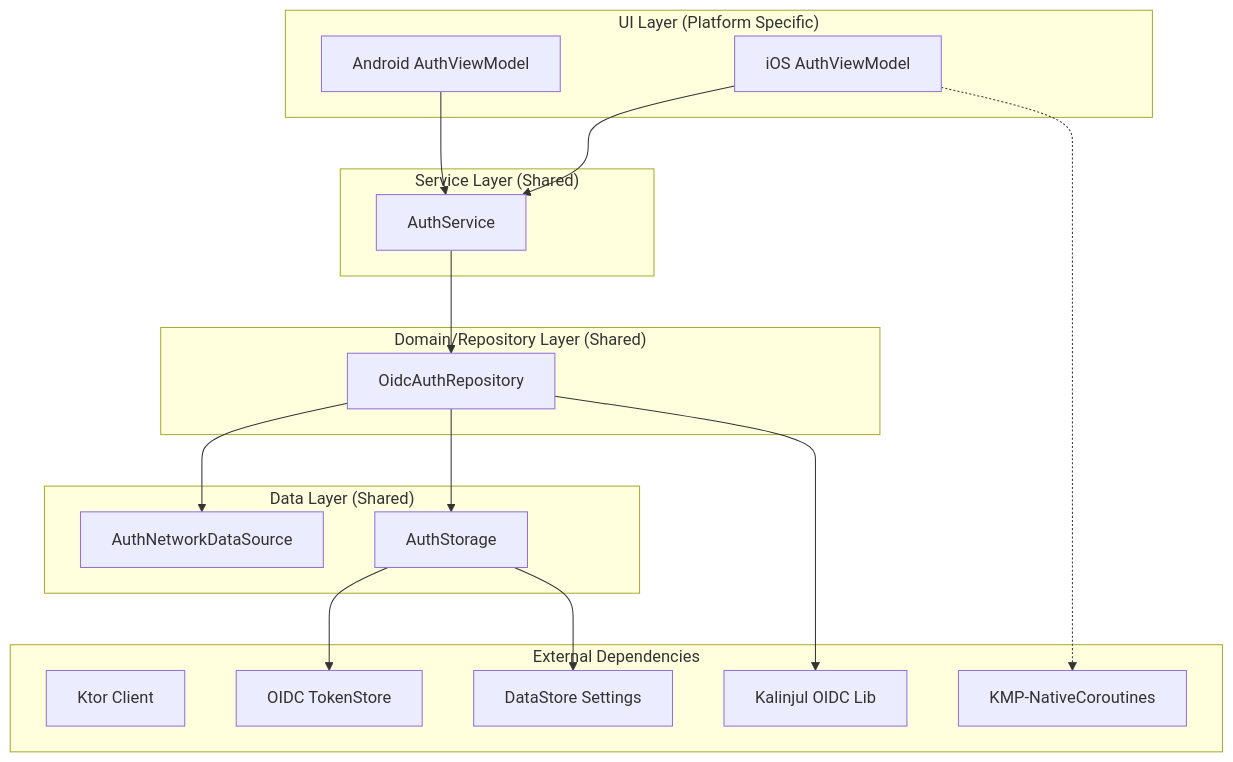
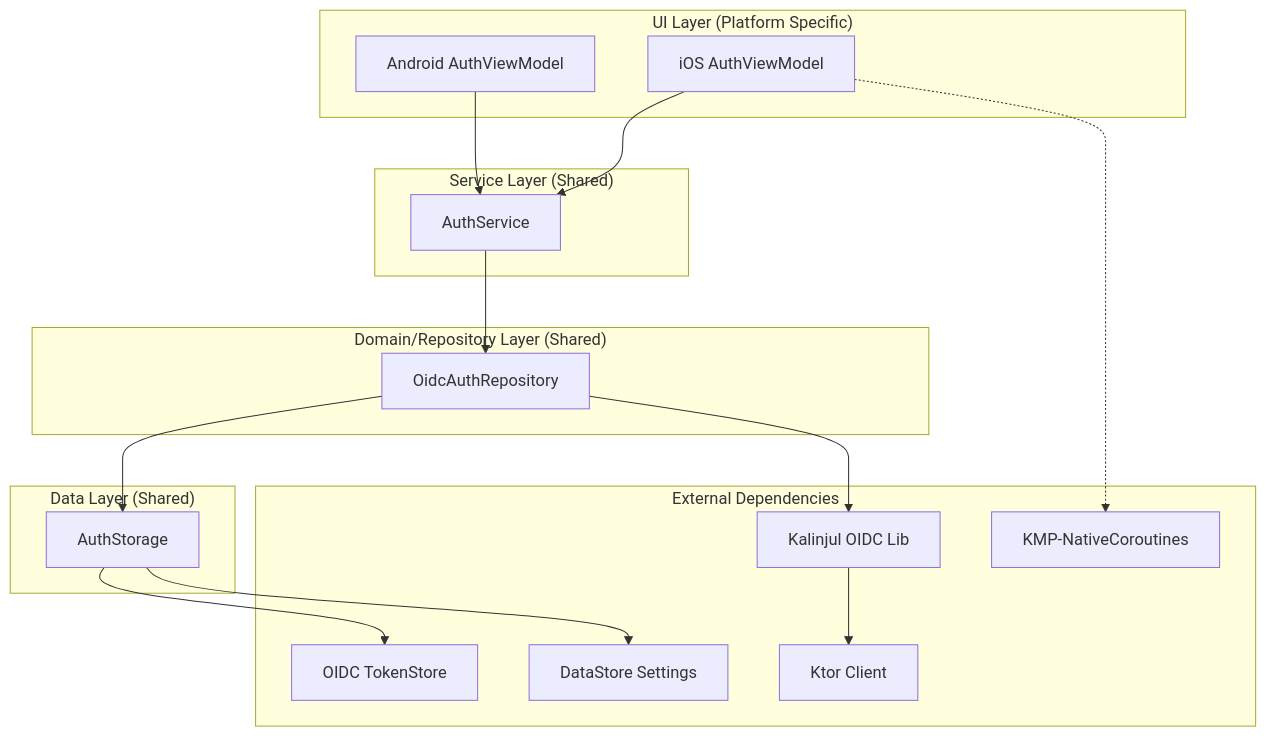
The diagram in auth/README.md (quran/mobile-sync), drawn with Mermaid before and after one commit. The commit also changed other lines of this file and 17 other files, not shown here.

````diff
--- a/auth/README.md
+++ b/auth/README.md
@@ -12,38 +12,37 @@
 ```mermaid
 graph TD
     subgraph "UI Layer (Platform Specific)"
         AVM[Android AuthViewModel]
         IVM[iOS AuthViewModel]
     end
 
     subgraph "Service Layer (Shared)"
         Service[AuthService]
     end
 
     subgraph "Domain/Repository Layer (Shared)"
         Repo[OidcAuthRepository]
     end
 
     subgraph "Data Layer (Shared)"
-        NDS[AuthNetworkDataSource]
         Storage[AuthStorage]
     end
 
     subgraph "External Dependencies"
         Ktor[Ktor Client]
         TokenStore[OIDC TokenStore]
         DataStore[DataStore Settings]
         OIDC[Kalinjul OIDC Lib]
         NC[KMP-NativeCoroutines]
     end
 
     AVM --> Service
     IVM --> Service
     Service --> Repo
-    Repo --> NDS
     Repo --> Storage
     Storage --> TokenStore
     Storage --> DataStore
     Repo --> OIDC
+    OIDC --> Ktor
     IVM -.-> NC
 ```
````
